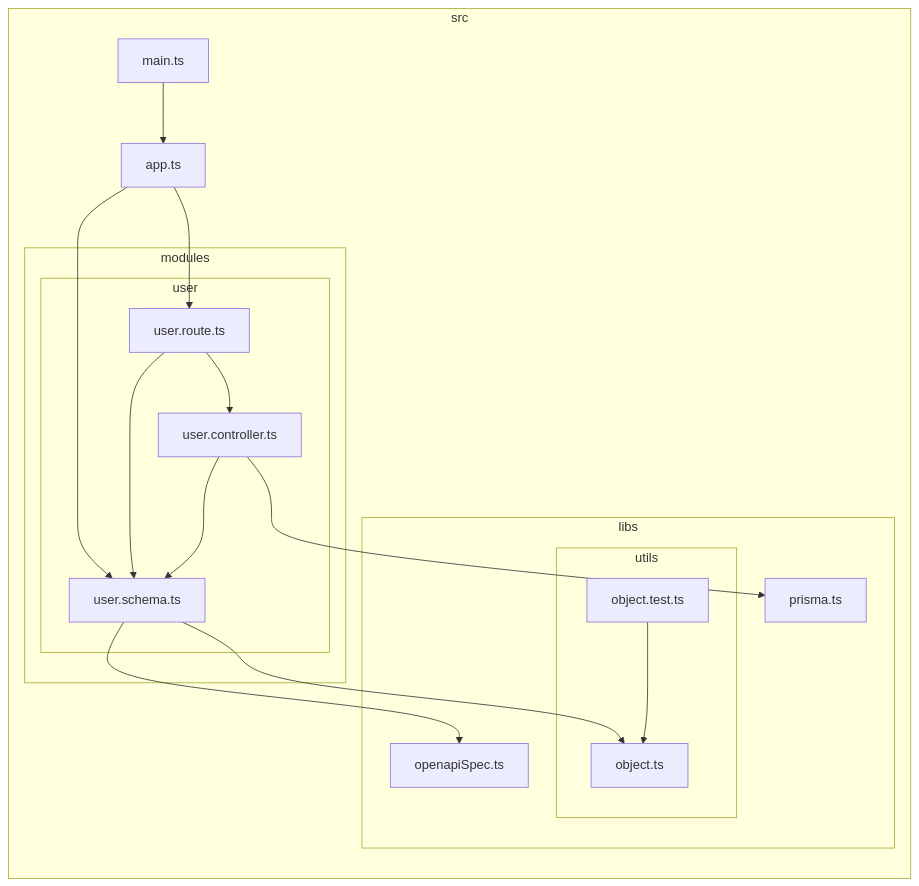
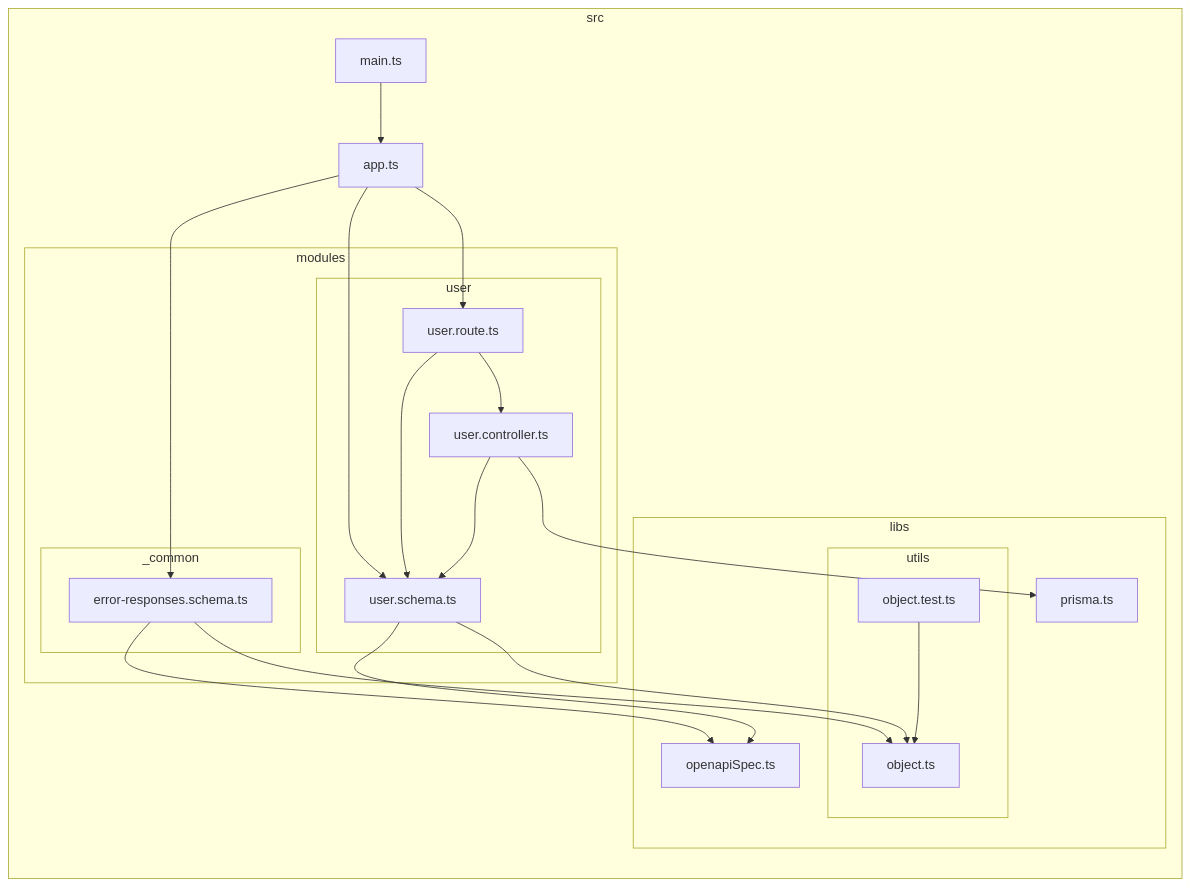
Before and after one commit to junkor-1011/-fastify-prisma-example3: the diagram in docs/dependency-graph.md, drawn with Mermaid. The commit also changed 3 other files, not shown here.

Commit message:
feat: add error response schemas

````diff
--- a/docs/dependency-graph.md
+++ b/docs/dependency-graph.md
@@ -1,33 +1,39 @@
 ```mermaid
 flowchart LR
 
 subgraph 0["src"]
 1["app.ts"]
 subgraph 2["modules"]
-subgraph 3["user"]
-4["user.route.ts"]
-5["user.controller.ts"]
-6["user.schema.ts"]
+subgraph 3["_common"]
+4["error-responses.schema.ts"]
+end
+subgraph 9["user"]
+A["user.route.ts"]
+B["user.controller.ts"]
+C["user.schema.ts"]
 end
 end
-subgraph 7["libs"]
-8["openapiSpec.ts"]
-subgraph 9["utils"]
-A["object.ts"]
-C["object.test.ts"]
+subgraph 5["libs"]
+6["openapiSpec.ts"]
+subgraph 7["utils"]
+8["object.ts"]
+E["object.test.ts"]
 end
-B["prisma.ts"]
+D["prisma.ts"]
 end
-D["main.ts"]
+F["main.ts"]
 end
 1-->4
-1-->6
-4-->5
+1-->A
+1-->C
 4-->6
-5-->6
-5-->B
-6-->8
-6-->A
-C-->A
-D-->1
+4-->8
+A-->B
+A-->C
+B-->C
+B-->D
+C-->6
+C-->8
+E-->8
+F-->1
 ```
````
